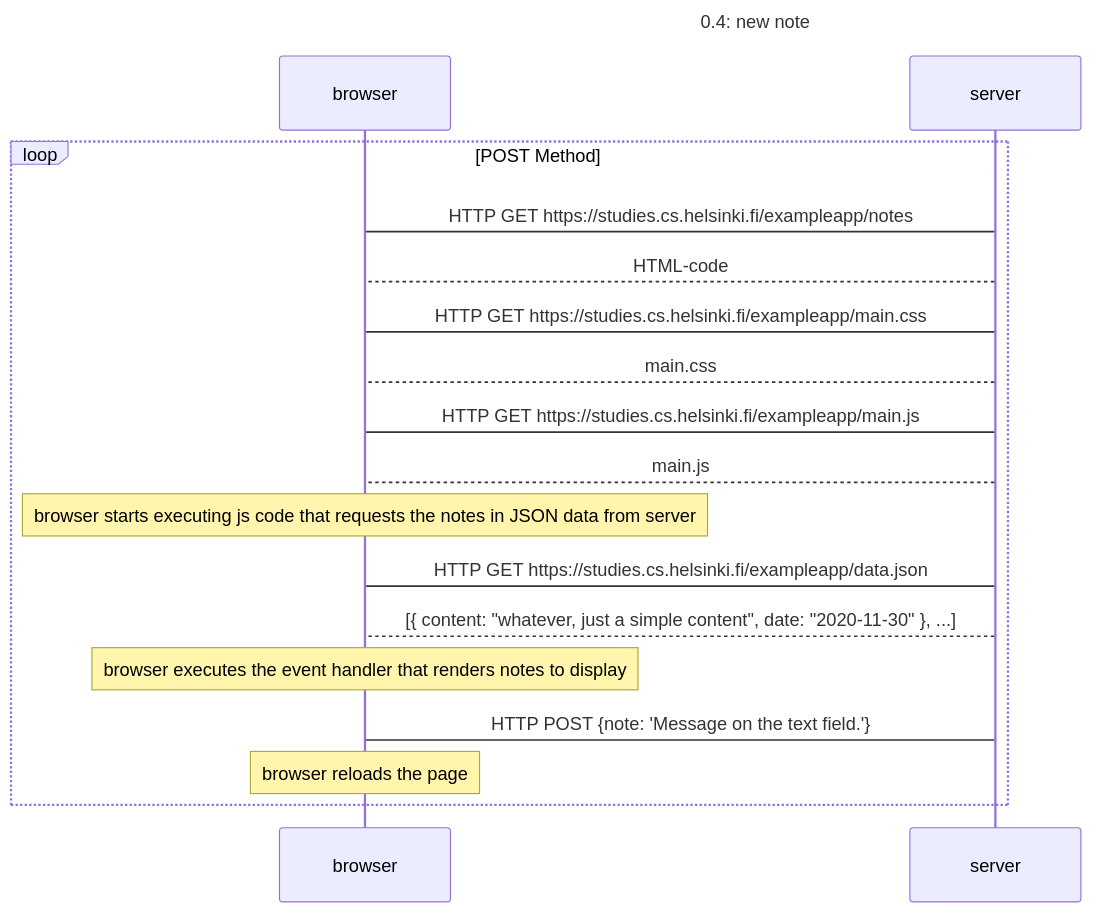
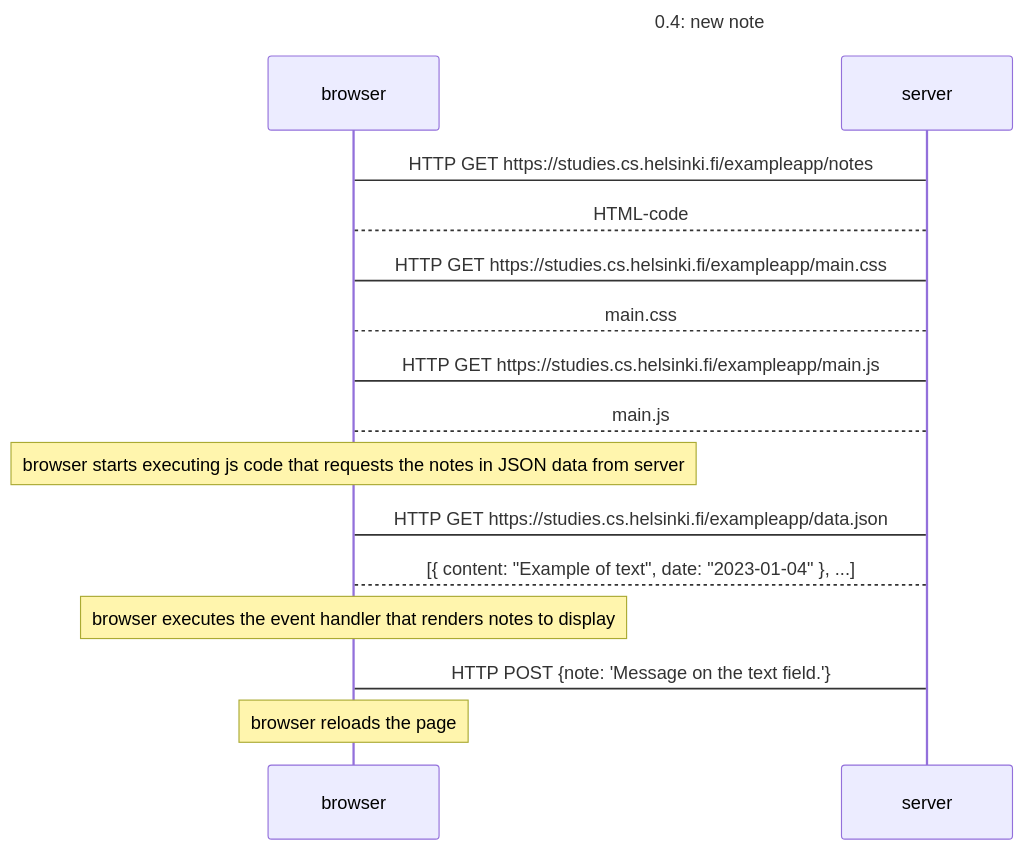
The diagram in part0/0.4.md (ctrl-Sebastian/FullStackOpen-2022), drawn with Mermaid before and after one commit. The commit also changed 2 other files, not shown here.

Commit message:
finished the excercises

````diff
--- a/part0/0.4.md
+++ b/part0/0.4.md
@@ -1,24 +1,23 @@
 ```mermaid
 sequenceDiagram
     Title: 0.4: new note
-    loop POST Method
 
-        browser->server: HTTP GET https://studies.cs.helsinki.fi/exampleapp/notes
-        server-->browser: HTML-code
-        browser->server: HTTP GET https://studies.cs.helsinki.fi/exampleapp/main.css
-        server-->browser: main.css
-        browser->server: HTTP GET https://studies.cs.helsinki.fi/exampleapp/main.js
-        server-->browser: main.js
+    browser->server: HTTP GET https://studies.cs.helsinki.fi/exampleapp/notes
+    server-->browser: HTML-code
+    browser->server: HTTP GET https://studies.cs.helsinki.fi/exampleapp/main.css
+    server-->browser: main.css
+    browser->server: HTTP GET https://studies.cs.helsinki.fi/exampleapp/main.js
+    server-->browser: main.js
 
-        note over browser: browser starts executing js code that requests the notes in JSON data from server
+    note over browser: browser starts executing js code that requests the notes in JSON data from server
 
-        browser->server: HTTP GET https://studies.cs.helsinki.fi/exampleapp/data.json
-        server-->browser: [{ content: "whatever, just a simple content", date: "2020-11-30" }, ...]
+    browser->server: HTTP GET https://studies.cs.helsinki.fi/exampleapp/data.json
+    server-->browser: [{ content: "Example of text", date: "2023-01-04" }, ...]
 
-        note over browser: browser executes the event handler that renders notes to display
+    note over browser: browser executes the event handler that renders notes to display
 
-        browser->server: HTTP POST {note: 'Message on the text field.'}
+    browser->server: HTTP POST {note: 'Message on the text field.'}
 
-        note over browser: browser reloads the page
-    end
+    note over browser: browser reloads the page
+
 ```
````
